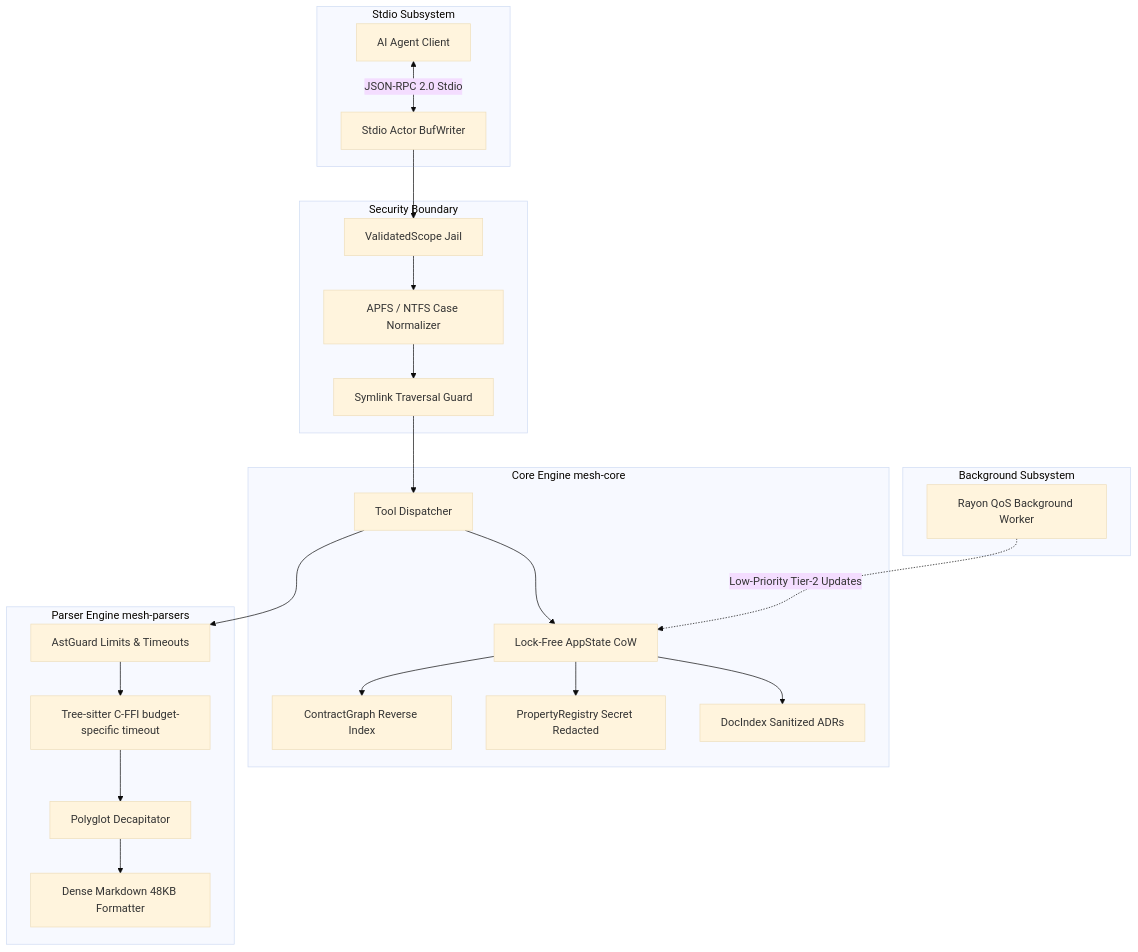
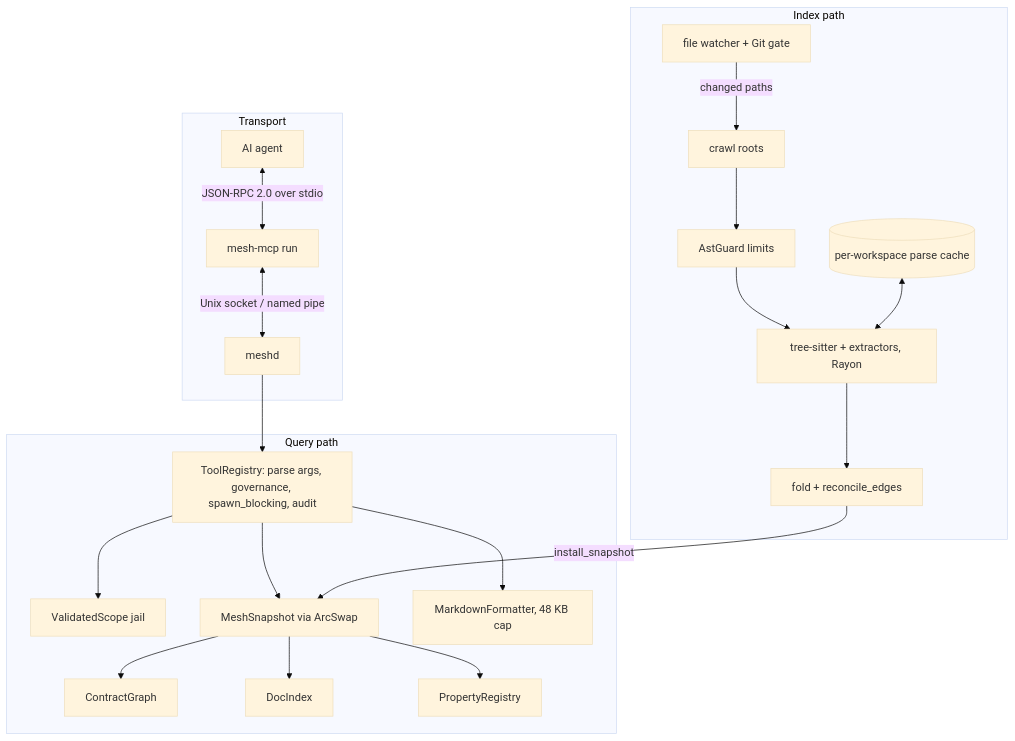
Before and after one commit to VictorAgahi/causalmesh: the first of 3 diagrams in docs/architecture.md, drawn with Mermaid (base theme). The commit also changed other lines of this file and 22 other files, not shown here.

````diff
--- a/docs/architecture.md
+++ b/docs/architecture.md
@@ -11,31 +16,26 @@
 ```mermaid
 graph TD
-    subgraph Stdio Subsystem
-        Agent[AI Agent Client] <-->|JSON-RPC 2.0 Stdio| StdioActor[Stdio Actor BufWriter]
+    subgraph Transport
+        Agent[AI agent] <-->|JSON-RPC 2.0 over stdio| Proxy[mesh-mcp run]
+        Proxy <-->|Unix socket / named pipe| Daemon[meshd]
     end
 
-    subgraph Security Boundary
-        StdioActor --> ValidatedScope[ValidatedScope Jail]
-        ValidatedScope --> CaseFolding[APFS / NTFS Case Normalizer]
-        CaseFolding --> SymlinkGuard[Symlink Traversal Guard]
+    subgraph Query path
+        Daemon --> Registry[ToolRegistry: parse args, governance, spawn_blocking, audit]
+        Registry --> Jail[ValidatedScope jail]
+        Registry --> Snap[MeshSnapshot via ArcSwap]
+        Snap --> Graph[ContractGraph]
+        Snap --> Docs[DocIndex]
+        Snap --> Props[PropertyRegistry]
+        Registry --> Fmt[MarkdownFormatter, 48 KB cap]
     end
 
-    subgraph Core Engine mesh-core
-        SymlinkGuard --> Router[Tool Dispatcher]
-        Router --> State[Lock-Free AppState CoW]
-        State --> Graph[ContractGraph Reverse Index]
-        State --> Registry[PropertyRegistry Secret Redacted]
-        State --> Docs[DocIndex Sanitized ADRs]
-    end
-
-    subgraph Parser Engine mesh-parsers
-        Router --> AstGuard[AstGuard Limits & Timeouts]
-        AstGuard --> TreeSitter[Tree-sitter C-FFI budget-specific timeout]
-        TreeSitter --> Decapitator[Polyglot Decapitator]
-        Decapitator --> Markdown[Dense Markdown 48KB Formatter]
-    end
-
-    subgraph Background Subsystem
-        RayonPool[Rayon QoS Background Worker] -.->|Low-Priority Tier-2 Updates| State
+    subgraph Index path
+        Crawl[crawl roots] --> Guard[AstGuard limits]
+        Guard --> Parse[tree-sitter + extractors, Rayon]
+        Parse --> Fold[fold + reconcile_edges]
+        Fold -->|install_snapshot| Snap
+        Watch[file watcher + Git gate] -->|changed paths| Crawl
+        Cache[(per-workspace parse cache)] <--> Parse
     end
 ```
````
